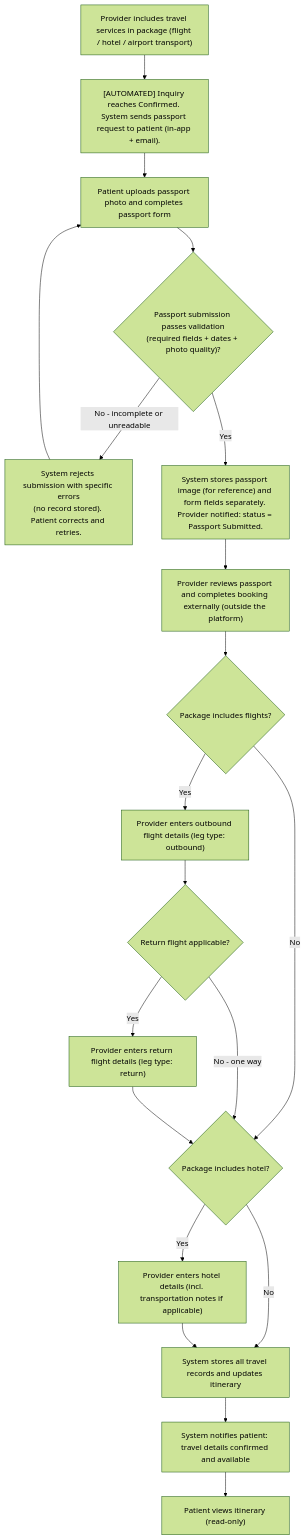
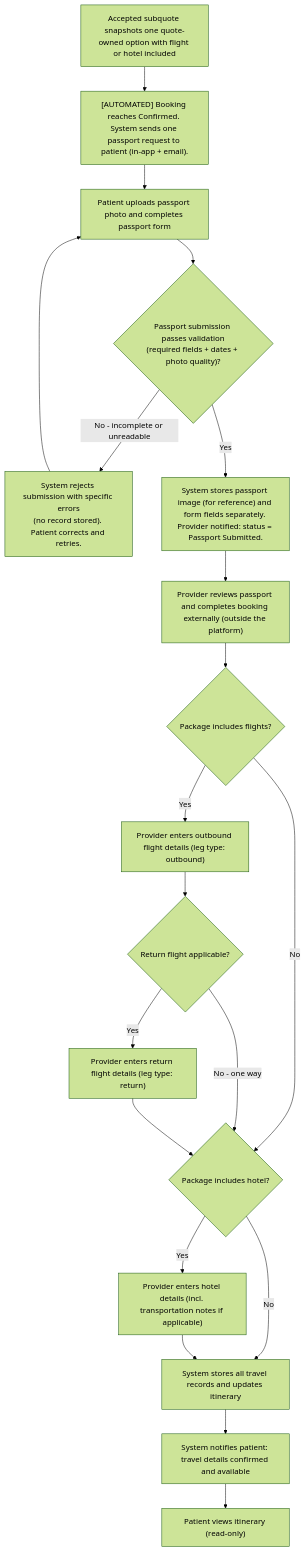
The first of 5 diagrams in project-requirements/functional-requirements/fr008-travel-booking-integration/prd.md (joachimtrungtuan/hairline-pm-docs), drawn with Mermaid (forest theme) before and after one commit. The commit also changed other lines of this file and 2 other files, not shown here.

Commit message:
docs(travel): align travel with confirmed booking choice

````diff
--- a/project-requirements/functional-requirements/fr008-travel-booking-integration/prd.md
+++ b/project-requirements/functional-requirements/fr008-travel-booking-integration/prd.md
@@ -100,39 +100,39 @@
 ```mermaid
 flowchart TD
-  A1["Provider includes travel services in package (flight / hotel / airport transport)"]
-  A2["[AUTOMATED] Inquiry reaches Confirmed. System sends passport request to patient (in-app + email)."]
+  A1["Accepted subquote snapshots one quote-owned option with flight or hotel included"]
+  A2["[AUTOMATED] Booking reaches Confirmed. System sends one passport request to patient (in-app + email)."]
   A3["Patient uploads passport photo and completes passport form"]
   A4{"Passport submission passes validation<br/>(required fields + dates + photo quality)?"}
   A5["System rejects submission with specific errors<br/>(no record stored). Patient corrects and retries."]
   A6["System stores passport image (for reference) and form fields separately. Provider notified: status = Passport Submitted."]
   A7["Provider reviews passport and completes booking externally (outside the platform)"]
   A8{"Package includes flights?"}
   A9["Provider enters outbound flight details (leg type: outbound)"]
   A10{"Return flight applicable?"}
   A11["Provider enters return flight details (leg type: return)"]
   A12{"Package includes hotel?"}
   A13["Provider enters hotel details (incl. transportation notes if applicable)"]
   A14["System stores all travel records and updates itinerary"]
   A15["System notifies patient: travel details confirmed and available"]
   A16["Patient views itinerary (read-only)"]
 
   A1 --> A2
   A2 --> A3
   A3 --> A4
   A4 -->|No - incomplete or unreadable| A5
   A5 --> A3
   A4 -->|Yes| A6
   A6 --> A7
   A7 --> A8
   A8 -->|Yes| A9
   A8 -->|No| A12
   A9 --> A10
   A10 -->|Yes| A11
   A10 -->|No - one way| A12
   A11 --> A12
   A12 -->|Yes| A13
   A12 -->|No| A14
   A13 --> A14
   A14 --> A15
   A15 --> A16
 ```
````
